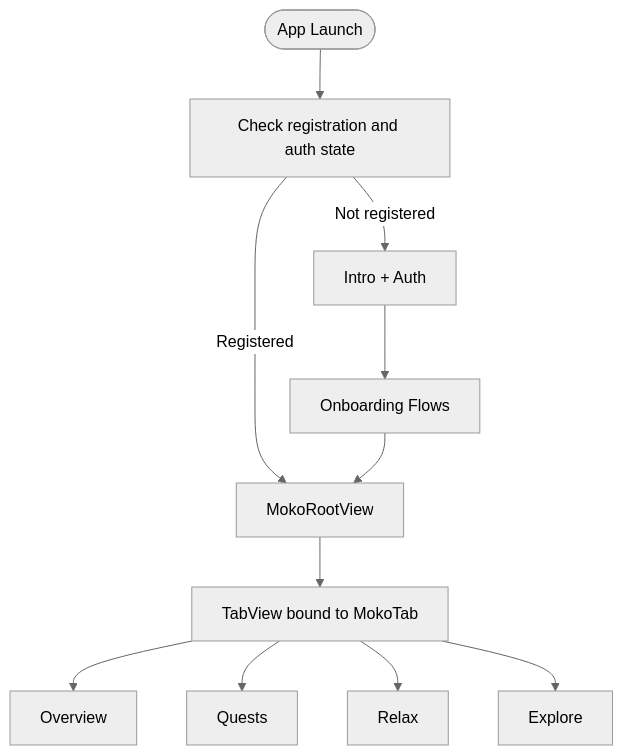
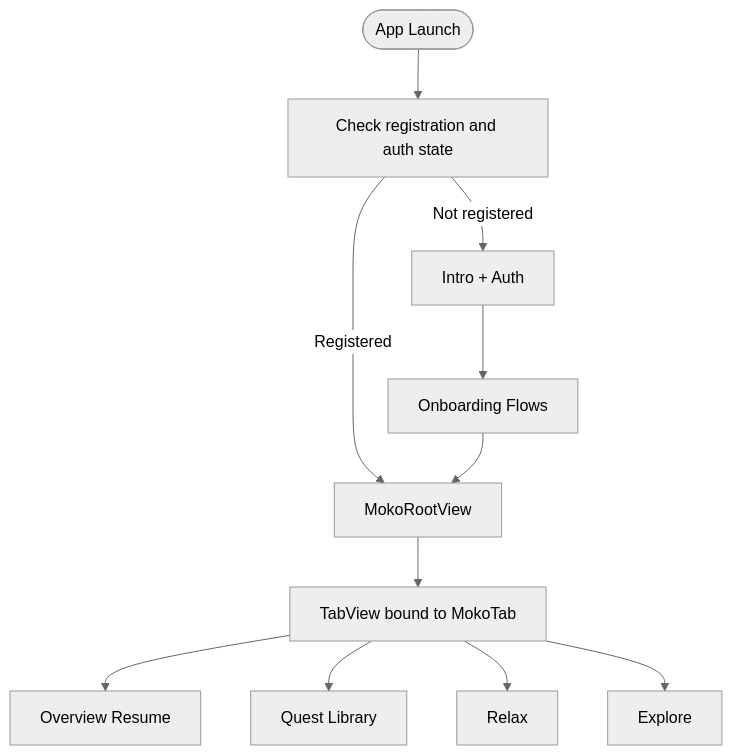
Before and after one commit to Moko-Your-Social-Capy/Moko---iOS-Native-App-: the sixth of 11 diagrams in .qoder/repowiki/en/content/UI Design System/UI Design System.md, drawn with Mermaid (neutral theme). The commit also changed other lines of this file and 101 other files, not shown here.

````diff
--- a/.qoder/repowiki/en/content/UI Design System/UI Design System.md
+++ b/.qoder/repowiki/en/content/UI Design System/UI Design System.md
@@ -260,13 +376,13 @@
 ```mermaid
 flowchart TD
 Start([App Launch]) --> CheckFlow["Check registration and auth state"]
 CheckFlow --> |Not registered| Intro["Intro + Auth"]
 CheckFlow --> |Registered| Home["MokoRootView"]
 Intro --> Onboarding["Onboarding Flows"]
 Onboarding --> Home
 Home --> Tabs["TabView bound to MokoTab"]
-Tabs --> OverviewTab["Overview"]
-Tabs --> QuestsTab["Quests"]
+Tabs --> OverviewTab["Overview Resume"]
+Tabs --> QuestsTab["Quest Library"]
 Tabs --> RelaxTab["Relax"]
 Tabs --> SearchTab["Explore"]
 ```
````
